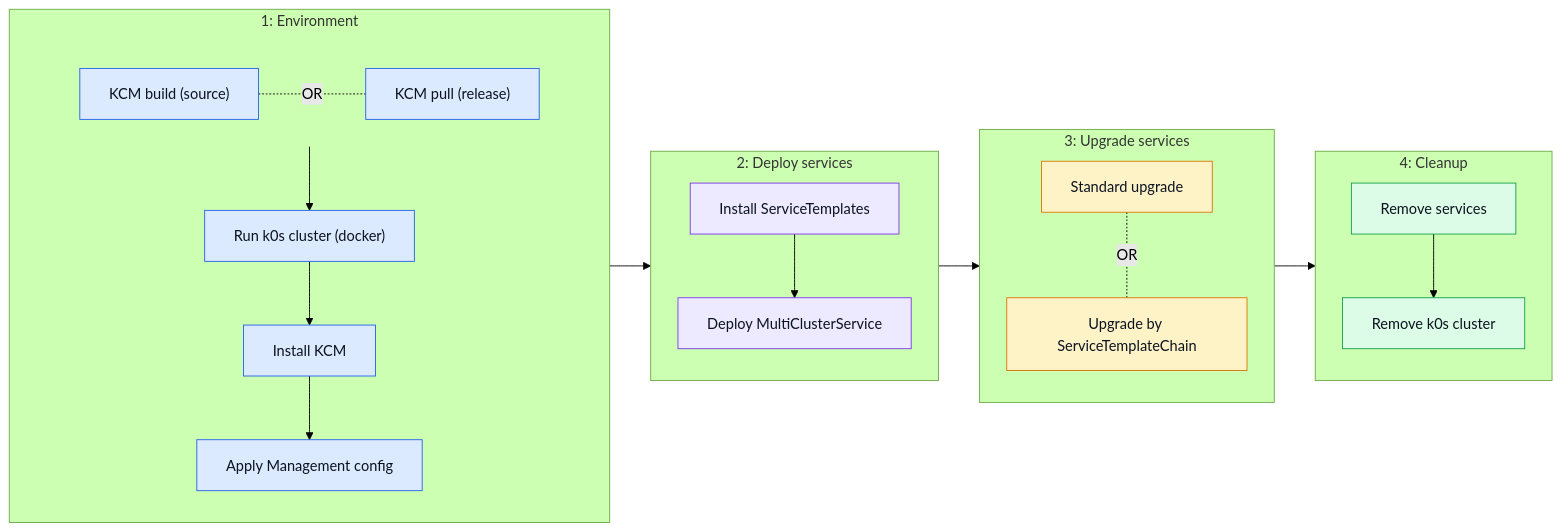
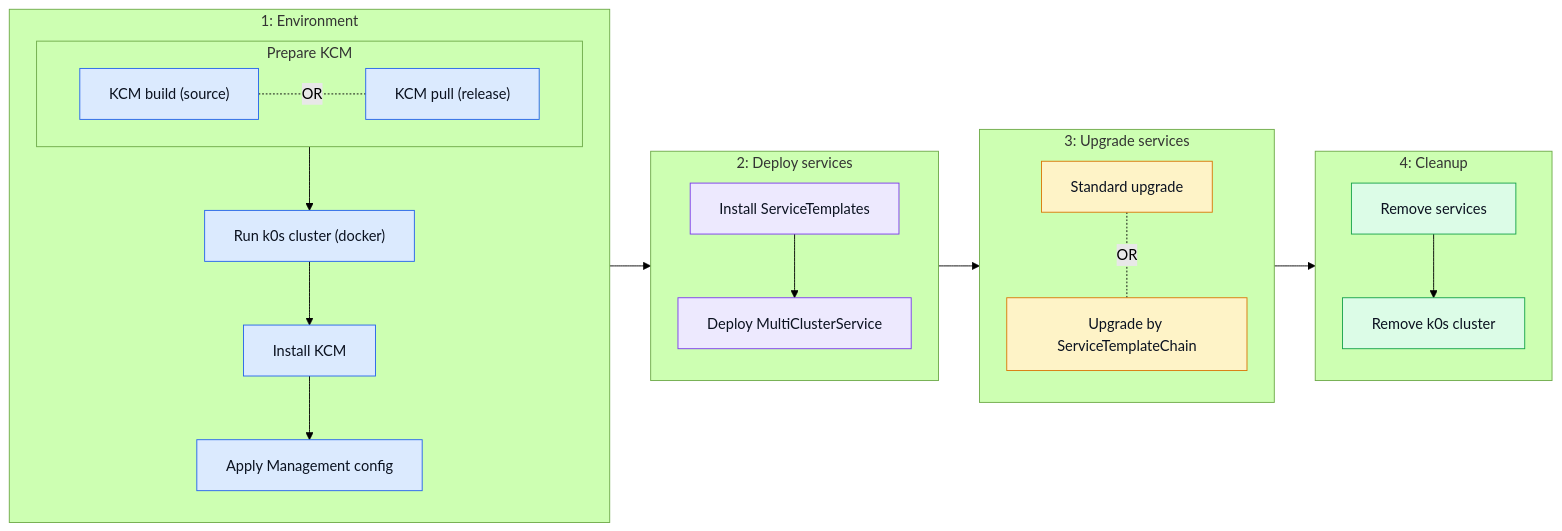
One commit to josef-hak/k0rdent-ksm-tests changed the first of 2 diagrams in README.md. Above: the diagram before and after it, drawn with Mermaid (forest theme).

Commit message:
docs: group the two KCM sources under "Prepare KCM"

````diff
--- a/README.md
+++ b/README.md
@@ -20,45 +20,42 @@
 ```mermaid
 %%{init: {'flowchart': {'padding': 16, 'nodeSpacing': 40, 'rankSpacing': 45}}}%%
 flowchart LR
     subgraph P1["1: Environment"]
         direction TB
-        subgraph KCMSRC[" "]
+        subgraph KCMSRC["Prepare KCM"]
             direction LR
             E1["KCM build (source)"] -. "OR" .- E2["KCM pull (release)"]
         end
         E3["Run k0s cluster (docker)"]
         E4["Install KCM"]
         E5["Apply Management config"]
         KCMSRC --> E3 --> E4 --> E5
     end
 
     subgraph P2["2: Deploy services"]
         direction TB
         D1["Install ServiceTemplates"] --> D2["Deploy MultiClusterService"]
     end
 
     subgraph P3["3: Upgrade services"]
         direction TB
         U1["Standard upgrade"] -. "OR" .- U2["Upgrade by ServiceTemplateChain"]
     end
 
     subgraph P4["4: Cleanup"]
         direction TB
         C1["Remove services"] --> C2["Remove k0s cluster"]
     end
 
     P1 --> P2 --> P3 --> P4
 
-    classDef bare fill:none,stroke:none
-    class KCMSRC bare
-
     classDef env fill:#dbeafe,stroke:#2563eb,color:#0b1220
     classDef dep fill:#ede9fe,stroke:#7c3aed,color:#0b1220
     classDef upg fill:#fef3c7,stroke:#d97706,color:#0b1220
     classDef out fill:#dcfce7,stroke:#16a34a,color:#0b1220
 
     class E1,E2,E3,E4,E5 env
     class D1,D2 dep
     class U1,U2 upg
     class C1,C2 out
 ```
````
